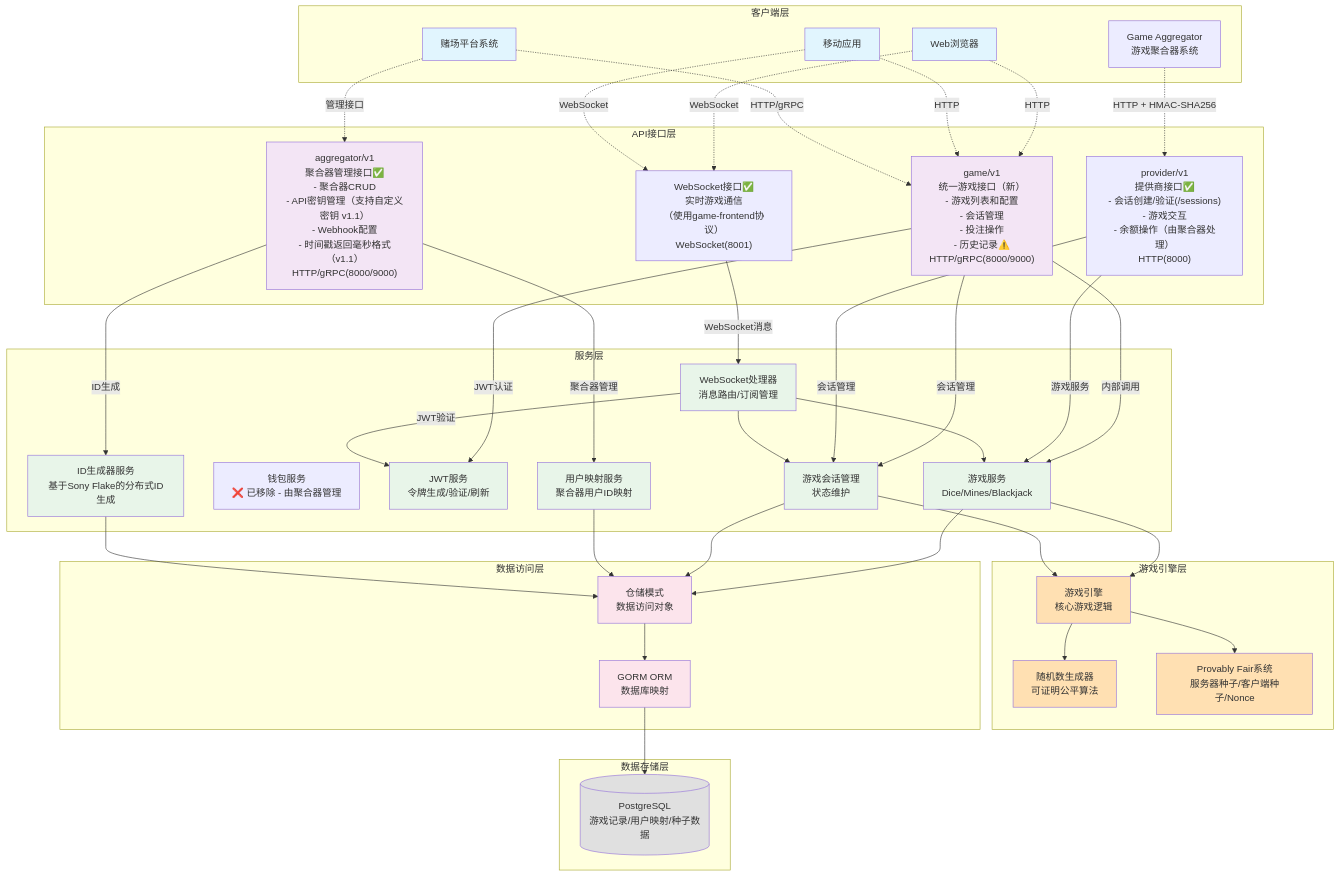
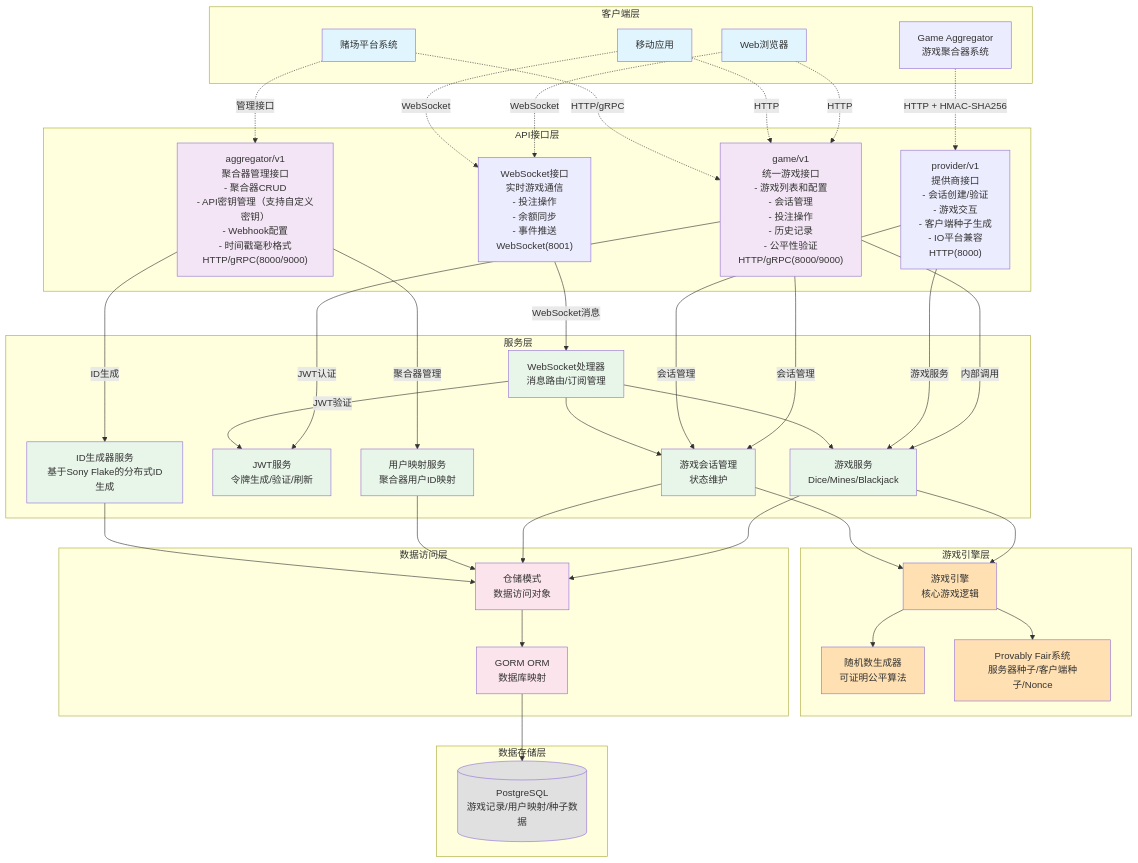
The first of 6 diagrams in architecture-zh.md (infigaming-com/invoker-gh-pages), drawn with Mermaid before and after one commit. The commit also changed other lines of this file and 3 other files, not shown here.

```diff
--- a/architecture-zh.md
+++ b/architecture-zh.md
@@ -30,15 +28,14 @@
     end
 
     subgraph "API接口层"
-        GAME_API["game/v1<br/>统一游戏接口（新）<br/>- 游戏列表和配置<br/>- 会话管理<br/>- 投注操作<br/>- 历史记录⚠️<br/>HTTP/gRPC(8000/9000)"]
-        AGGREGATOR_API["aggregator/v1<br/>聚合器管理接口✅<br/>- 聚合器CRUD<br/>- API密钥管理（支持自定义密钥 v1.1）<br/>- Webhook配置<br/>- 时间戳返回毫秒格式（v1.1）<br/>HTTP/gRPC(8000/9000)"]
-        PROVIDER_API["provider/v1<br/>提供商接口✅<br/>- 会话创建/验证(/sessions)<br/>- 游戏交互<br/>- 余额操作（由聚合器处理）<br/>HTTP(8000)"]
-        WS_API["WebSocket接口✅<br/>实时游戏通信<br/>（使用game-frontend协议）<br/>WebSocket(8001)"]
+        GAME_API["game/v1<br/>统一游戏接口<br/>- 游戏列表和配置<br/>- 会话管理<br/>- 投注操作<br/>- 历史记录<br/>- 公平性验证<br/>HTTP/gRPC(8000/9000)"]
+        AGGREGATOR_API["aggregator/v1<br/>聚合器管理接口<br/>- 聚合器CRUD<br/>- API密钥管理（支持自定义密钥）<br/>- Webhook配置<br/>- 时间戳毫秒格式<br/>HTTP/gRPC(8000/9000)"]
+        PROVIDER_API["provider/v1<br/>提供商接口<br/>- 会话创建/验证<br/>- 游戏交互<br/>- 客户端种子生成<br/>- IO平台兼容<br/>HTTP(8000)"]
+        WS_API["WebSocket接口<br/>实时游戏通信<br/>- 投注操作<br/>- 余额同步<br/>- 事件推送<br/>WebSocket(8001)"]
     end
 
     subgraph "服务层"
         GAME_SVC[游戏服务<br/>Dice/Mines/Blackjack]
-        WALLET_SVC[钱包服务<br/>❌ 已移除 - 由聚合器管理]
         JWT_SVC[JWT服务<br/>令牌生成/验证/刷新]
         WS_HANDLER[WebSocket处理器<br/>消息路由/订阅管理]
         SESSION_MGR[游戏会话管理<br/>状态维护]
```
